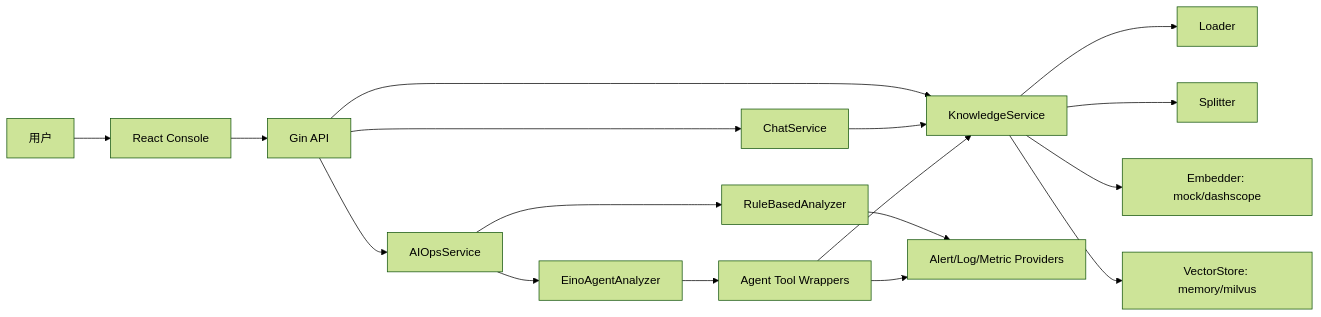
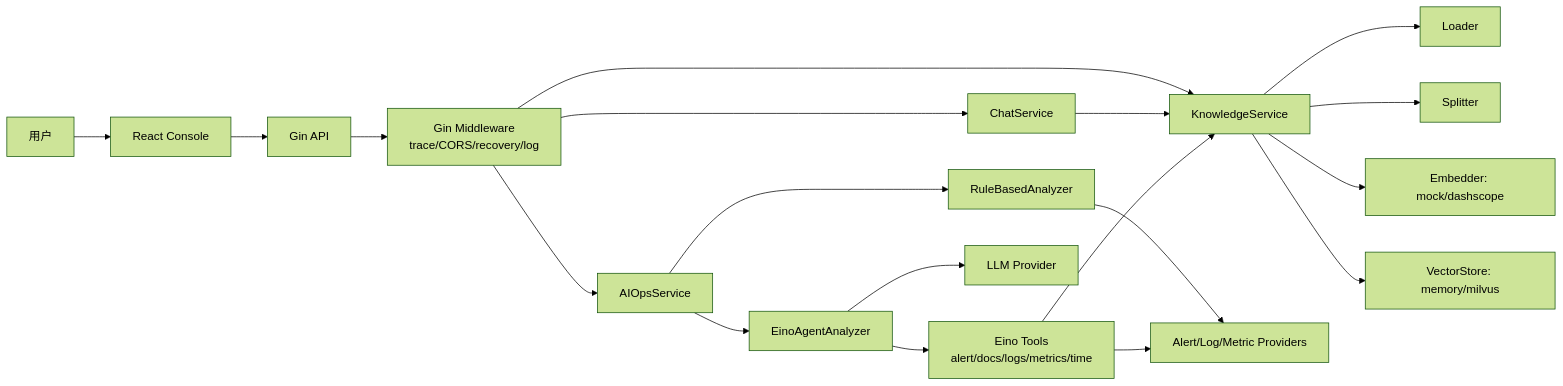
Before and after one commit to wanwanzi6/OnCall-Agent: the diagram in docs/architecture.md, drawn with Mermaid (forest theme). The commit also changed other lines of this file and 9 other files, not shown here.

````diff
--- a/docs/architecture.md
+++ b/docs/architecture.md
@@ -7,19 +16,21 @@
 ```mermaid
 flowchart LR
   U["用户"] --> FE["React Console"]
   FE --> API["Gin API"]
-  API --> Chat["ChatService"]
-  API --> KS["KnowledgeService"]
-  API --> AO["AIOpsService"]
+  API --> MW["Gin Middleware<br/>trace/CORS/recovery/log"]
+  MW --> Chat["ChatService"]
+  MW --> KS["KnowledgeService"]
+  MW --> AO["AIOpsService"]
   KS --> Loader["Loader"]
   KS --> Splitter["Splitter"]
   KS --> Embedder["Embedder: mock/dashscope"]
   KS --> Store["VectorStore: memory/milvus"]
   Chat --> KS
   AO --> Rule["RuleBasedAnalyzer"]
   AO --> Agent["EinoAgentAnalyzer"]
   Rule --> Providers["Alert/Log/Metric Providers"]
-  Agent --> Tools["Agent Tool Wrappers"]
+  Agent --> Tools["Eino Tools<br/>alert/docs/logs/metrics/time"]
+  Agent --> LLM["LLM Provider"]
   Tools --> Providers
   Tools --> KS
 ```
````
